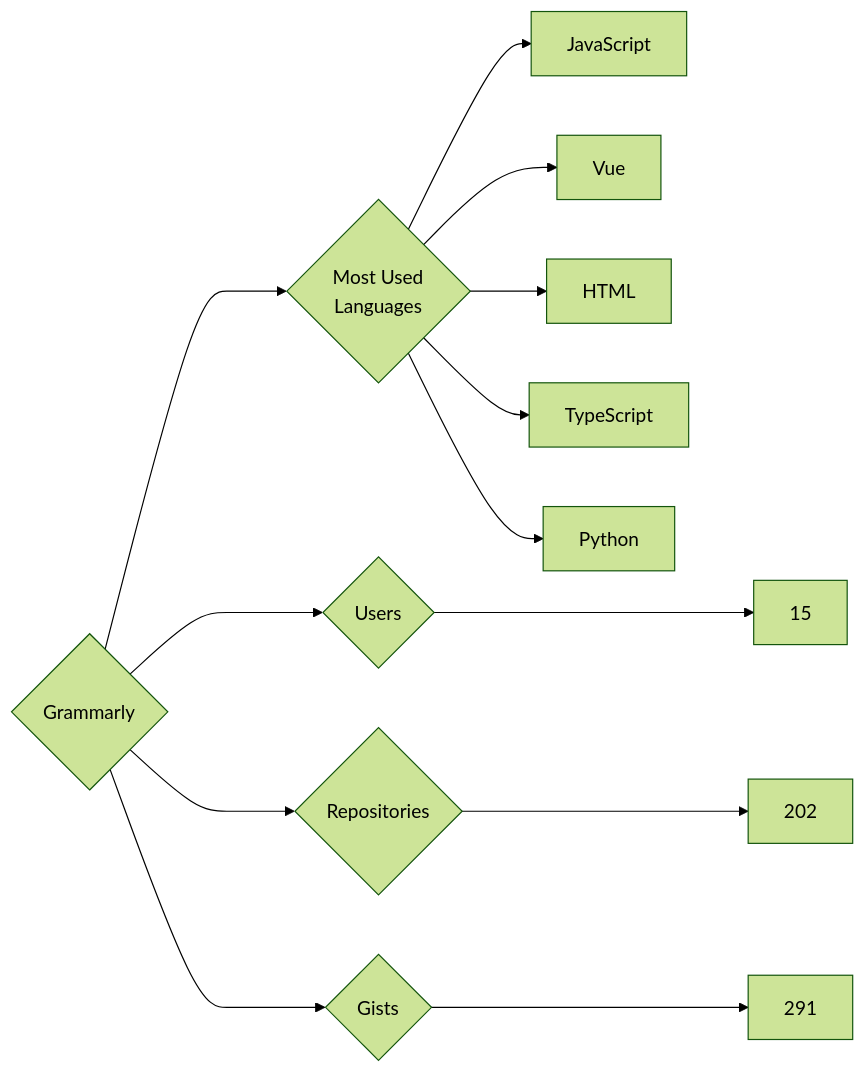
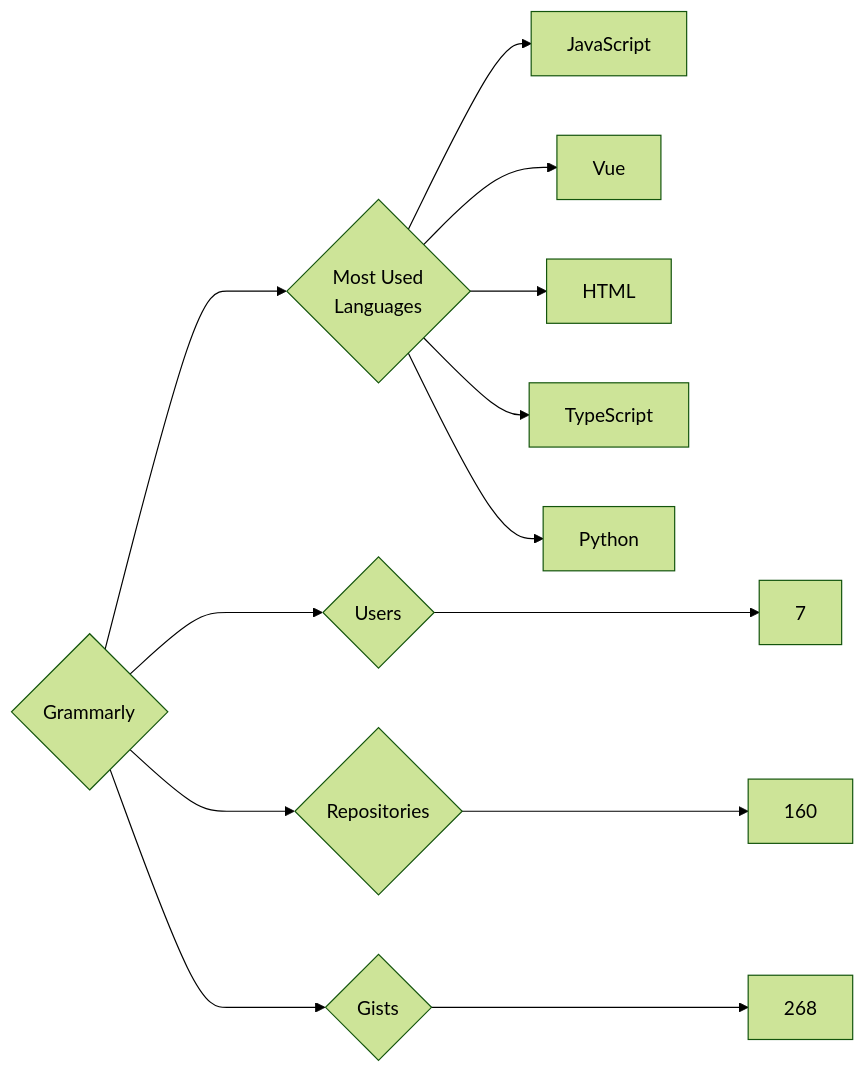
Before and after one commit to trickest/insiders: the diagram in targets/Grammarly/README.md, drawn with Mermaid (forest theme). The commit also changed 786 other files, not shown here.

````diff
--- a/targets/Grammarly/README.md
+++ b/targets/Grammarly/README.md
@@ -3,13 +3,13 @@
 ```mermaid
 graph LR
 COMPANY_NAME{Grammarly}
-COMPANY_NAME ---> U{Users} ---> UN[15]
-COMPANY_NAME ---> R{Repositories} ---> RN[202]
-COMPANY_NAME ---> G{Gists} ---> GN[291]
+COMPANY_NAME ---> U{Users} ---> UN[7]
+COMPANY_NAME ---> R{Repositories} ---> RN[160]
+COMPANY_NAME ---> G{Gists} ---> GN[268]
 COMPANY_NAME ---> ML{Most Used<br>Languages}
 ML --> JavaScript[JavaScript]
 ML --> Vue[Vue]
 ML --> HTML[HTML]
 ML --> TypeScript[TypeScript]
 ML --> Python[Python]
 ```
````
